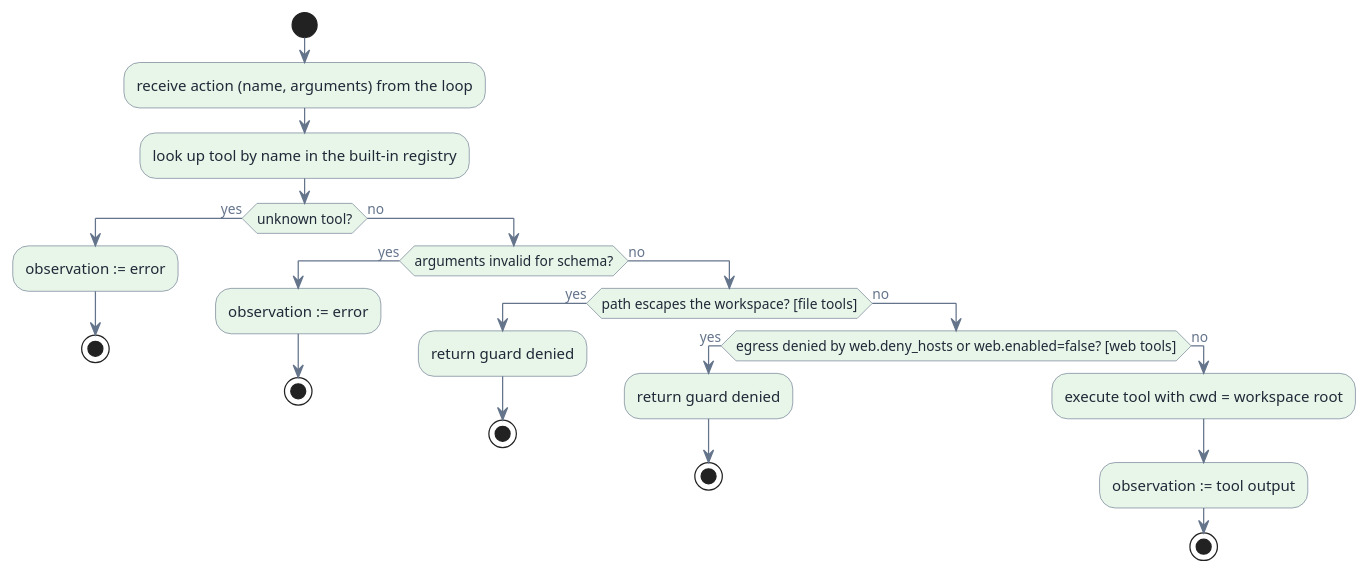
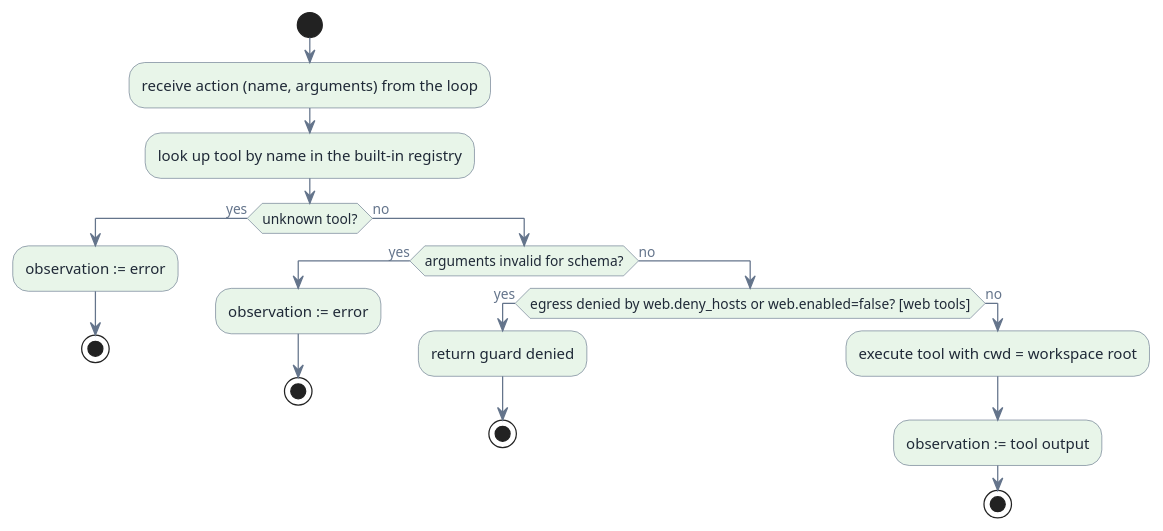
Before and after one commit to invented-pro/sudoer: the second of 2 diagrams in 00_bp/C3_tools.md, drawn with PlantUML. The commit also changed other lines of this file and 32 other files, not shown here.

First line of the commit message:
Workspace anchor, blueprint sync, @path images, build identity (0.3.0)

````diff
--- a/00_bp/C3_tools.md
+++ b/00_bp/C3_tools.md
@@ -72,36 +72,31 @@
 ```plantuml
 @startuml
 skinparam backgroundColor transparent
 skinparam defaultFontColor #64748B
 skinparam activityBackgroundColor #E8F5E9
 skinparam activityBorderColor #64748B
 skinparam activityFontColor #1F2937
 skinparam arrowColor #64748B
 start
 :receive action (name, arguments) from the loop;
 :look up tool by name in the built-in registry;
 if (unknown tool?) then (yes)
   :observation := error;
   stop
 else (no)
   if (arguments invalid for schema?) then (yes)
     :observation := error;
     stop
   else (no)
-    if (path escapes the workspace? [file tools]) then (yes)
+    if (egress denied by web.deny_hosts or web.enabled=false? [web tools]) then (yes)
       :return guard denied;
       stop
     else (no)
-      if (egress denied by web.deny_hosts or web.enabled=false? [web tools]) then (yes)
-        :return guard denied;
-        stop
-      else (no)
-        :execute tool with cwd = workspace root;
-        :observation := tool output;
-        stop
-      endif
+      :execute tool with cwd = workspace root;
+      :observation := tool output;
+      stop
     endif
   endif
 endif
 @enduml
 ```
````
